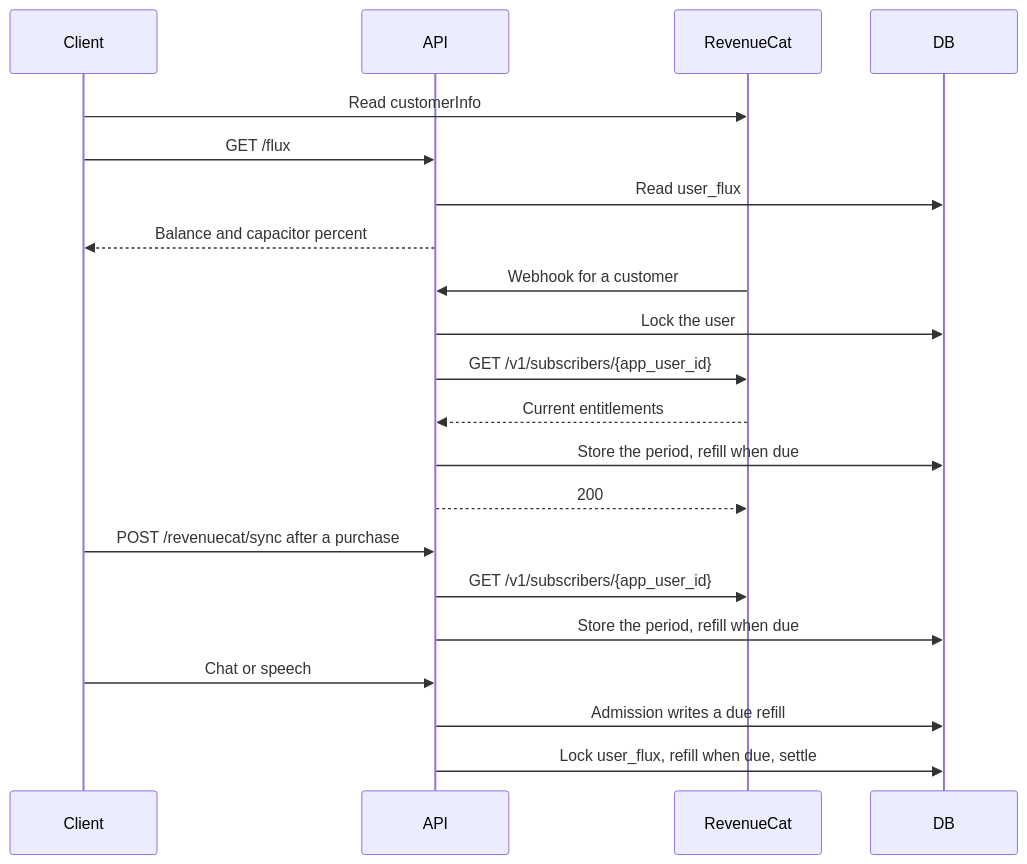
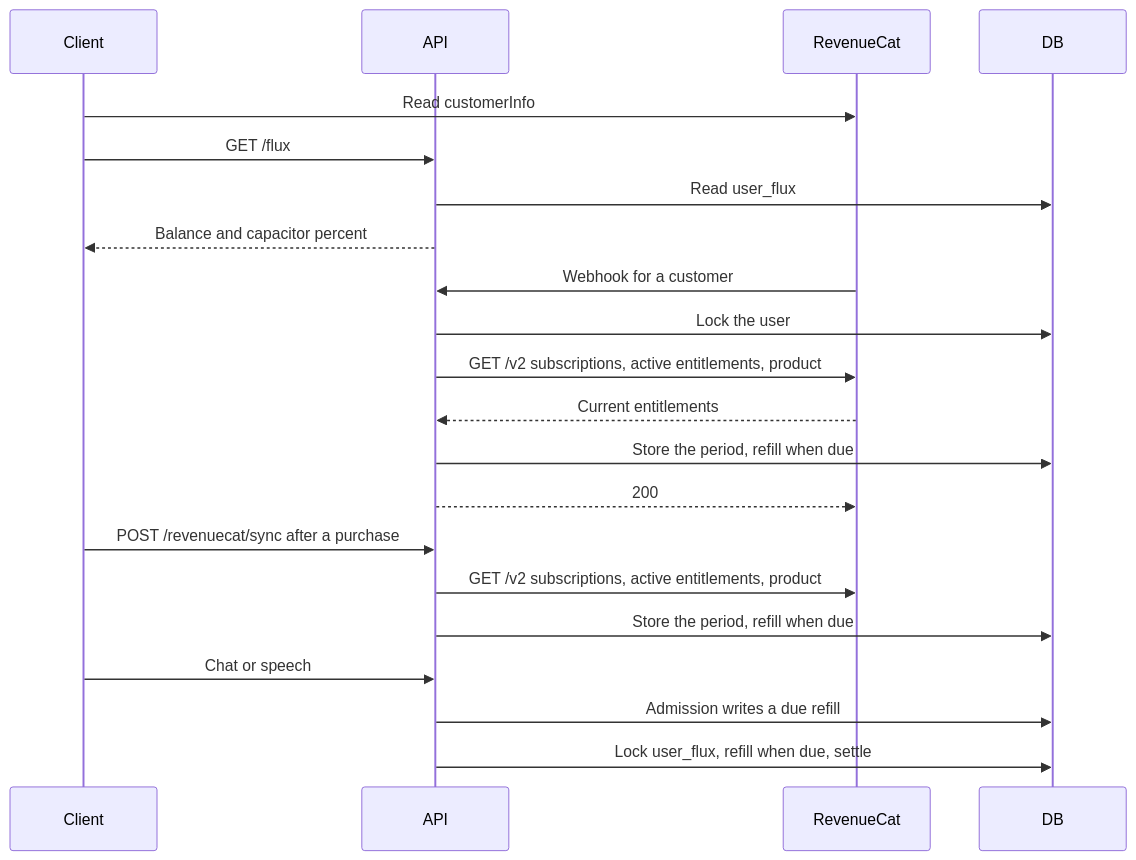
The second of 2 diagrams in server/docs/ai/adr/2026-10-04-subscription-credits.md (moeru-ai/airi), drawn with Mermaid before and after one commit. The commit also changed other lines of this file and 5 other files, not shown here.

First line of the commit message:
refactor(api): read subscriptions from the RevenueCat REST API v2

````diff
--- a/server/docs/ai/adr/2026-10-04-subscription-credits.md
+++ b/server/docs/ai/adr/2026-10-04-subscription-credits.md
@@ -199,23 +200,23 @@
 ```mermaid
 sequenceDiagram
   participant Client
   participant API
   participant RC as RevenueCat
   participant DB
   Client->>RC: Read customerInfo
   Client->>API: GET /flux
   API->>DB: Read user_flux
   API-->>Client: Balance and capacitor percent
   RC->>API: Webhook for a customer
   API->>DB: Lock the user
-  API->>RC: GET /v1/subscribers/{app_user_id}
+  API->>RC: GET /v2 subscriptions, active entitlements, product
   RC-->>API: Current entitlements
   API->>DB: Store the period, refill when due
   API-->>RC: 200
   Client->>API: POST /revenuecat/sync after a purchase
-  API->>RC: GET /v1/subscribers/{app_user_id}
+  API->>RC: GET /v2 subscriptions, active entitlements, product
   API->>DB: Store the period, refill when due
   Client->>API: Chat or speech
   API->>DB: Admission writes a due refill
   API->>DB: Lock user_flux, refill when due, settle
 ```
````
